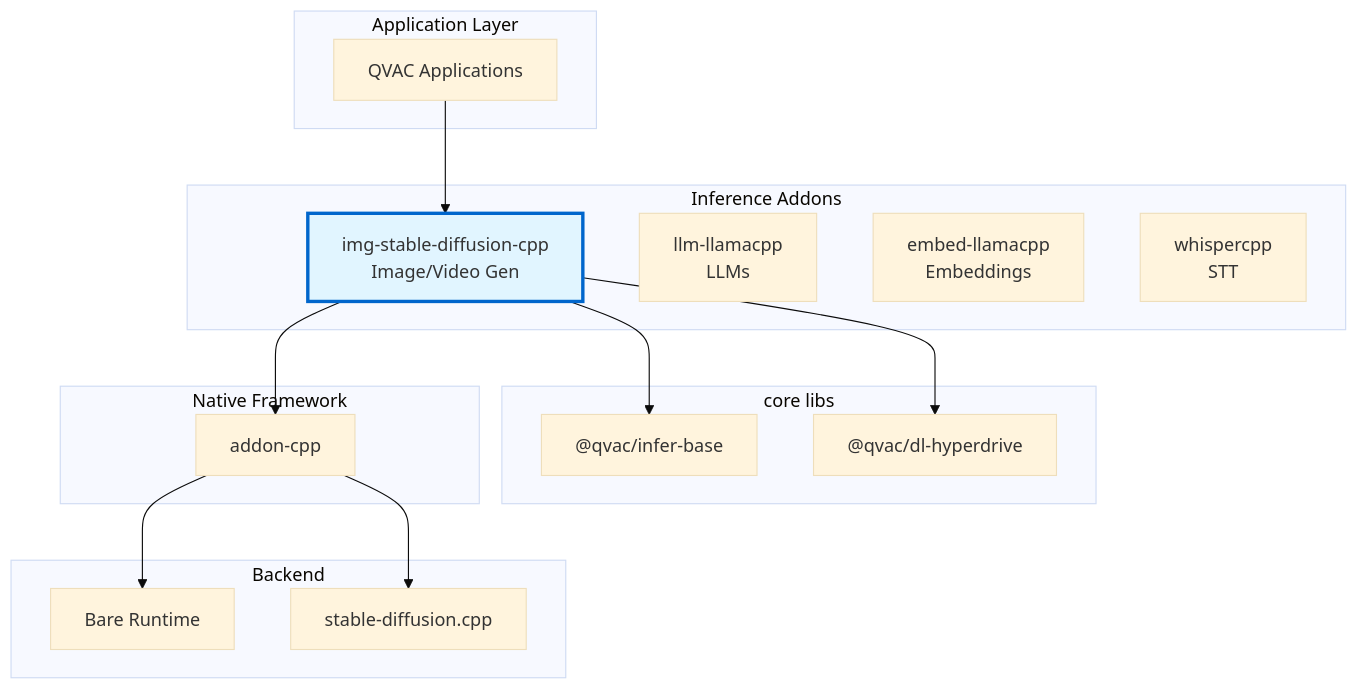
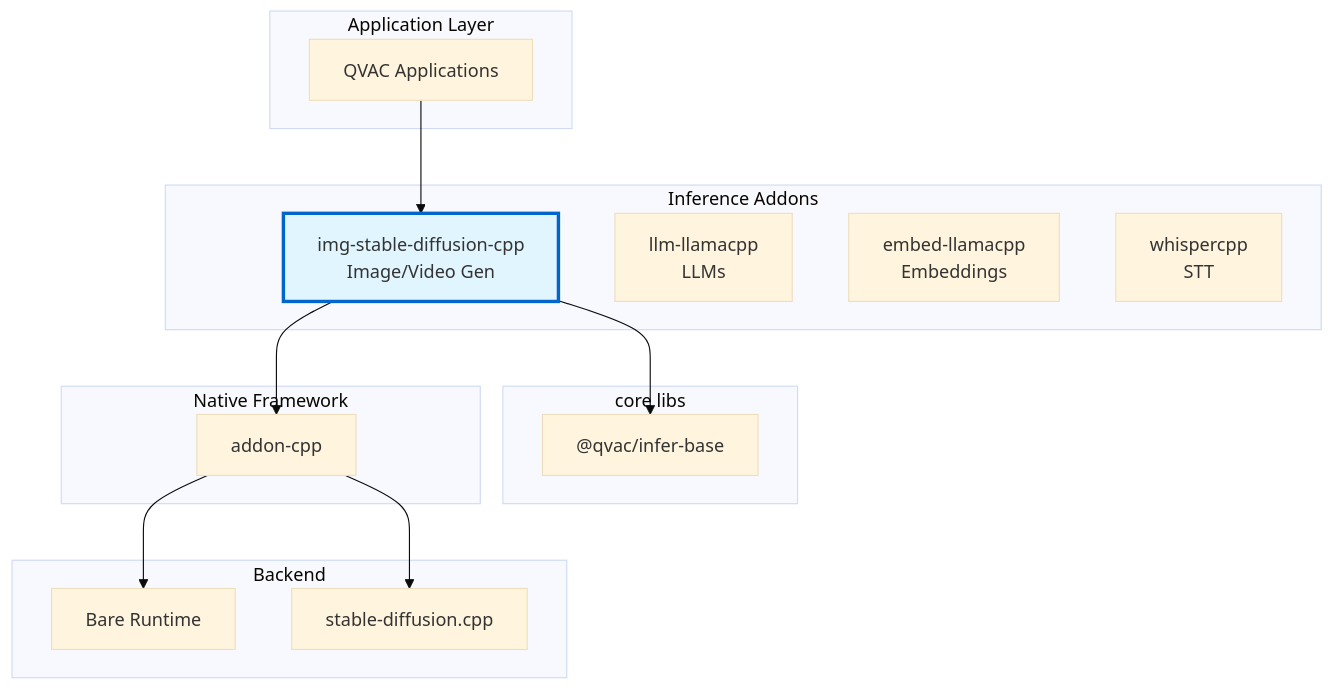
Before and after one commit to sidj-thr/qvac-public: the first of 4 diagrams in packages/lib-infer-diffusion/docs/architecture.md, drawn with Mermaid (base theme). The commit also changed other lines of this file and 20 other files, not shown here.

````diff
--- a/packages/lib-infer-diffusion/docs/architecture.md
+++ b/packages/lib-infer-diffusion/docs/architecture.md
@@ -85,36 +83,34 @@
 ```mermaid
 graph TB
     subgraph "Application Layer"
         APP[QVAC Applications]
     end
     
     subgraph "Inference Addons"
         IMG[img-stable-diffusion-cpp<br/>Image/Video Gen]
         LLM[llm-llamacpp<br/>LLMs]
         EMBED[embed-llamacpp<br/>Embeddings]
         WHISPER[whispercpp<br/>STT]
     end
     
     subgraph "core libs"
         BASE["@qvac/infer-base"]
-        DL["@qvac/dl-hyperdrive"]
     end
     
     subgraph "Native Framework"
         ADDON[addon-cpp]
     end
     
     subgraph "Backend"
         BARE[Bare Runtime]
         SDCPP[stable-diffusion.cpp]
     end
     
     APP --> IMG
     IMG --> BASE
-    IMG --> DL
     IMG --> ADDON
     ADDON --> BARE
     ADDON --> SDCPP
     
     style IMG fill:#e1f5ff,stroke:#0066cc,stroke-width:3px
 ```
````
